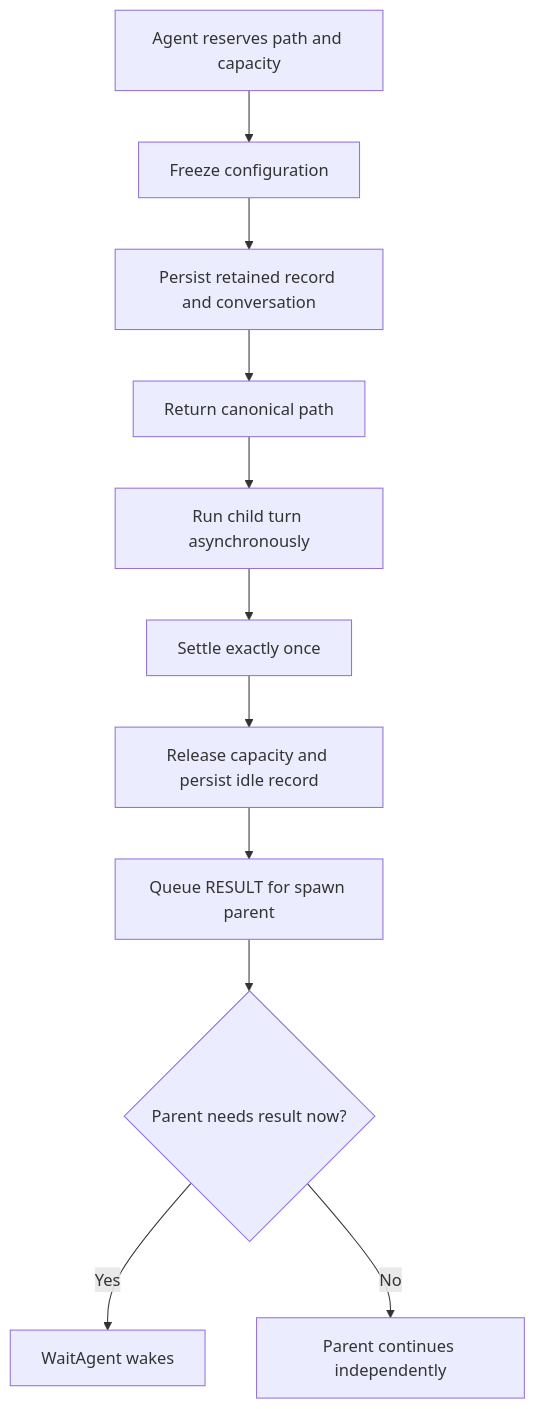
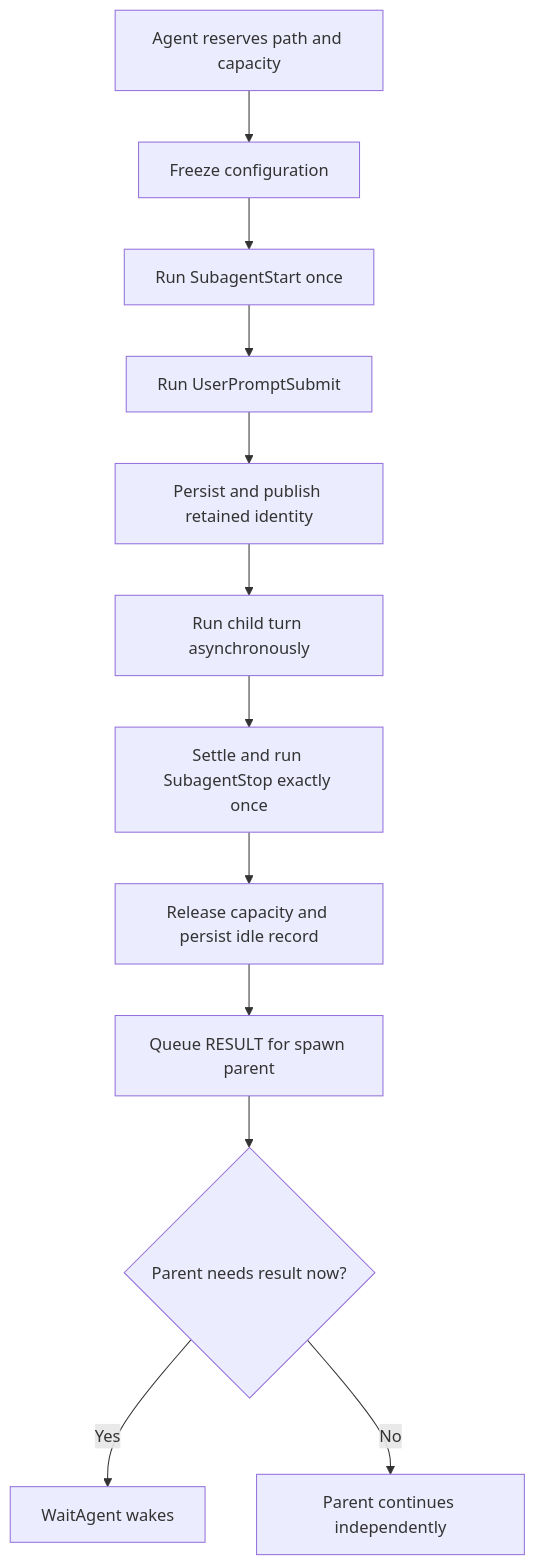
The diagram in docs/agents.md (FrauH0lle/mevedel), drawn with Mermaid before and after one commit. The commit also changed other lines of this file and 10 other files, not shown here.

````diff
--- a/docs/agents.md
+++ b/docs/agents.md
@@ -132,13 +140,14 @@
 ```mermaid
 flowchart TD
     A[Agent reserves path and capacity] --> B[Freeze configuration]
-    B --> C[Persist retained record and conversation]
-    C --> D[Return canonical path]
-    D --> E[Run child turn asynchronously]
-    E --> F[Settle exactly once]
-    F --> G[Release capacity and persist idle record]
-    G --> H[Queue RESULT for spawn parent]
-    H --> I{Parent needs result now?}
-    I -- Yes --> J[WaitAgent wakes]
-    I -- No --> K[Parent continues independently]
+    B --> C[Run SubagentStart once]
+    C --> D[Run UserPromptSubmit]
+    D --> E[Persist and publish retained identity]
+    E --> F[Run child turn asynchronously]
+    F --> G[Settle and run SubagentStop exactly once]
+    G --> H[Release capacity and persist idle record]
+    H --> I[Queue RESULT for spawn parent]
+    I --> J{Parent needs result now?}
+    J -- Yes --> K[WaitAgent wakes]
+    J -- No --> L[Parent continues independently]
 ```
````
